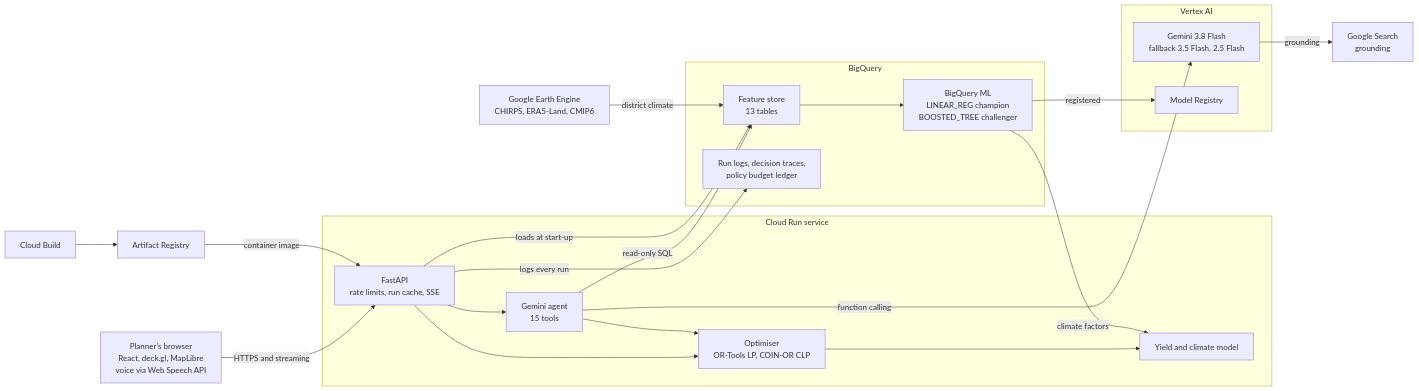
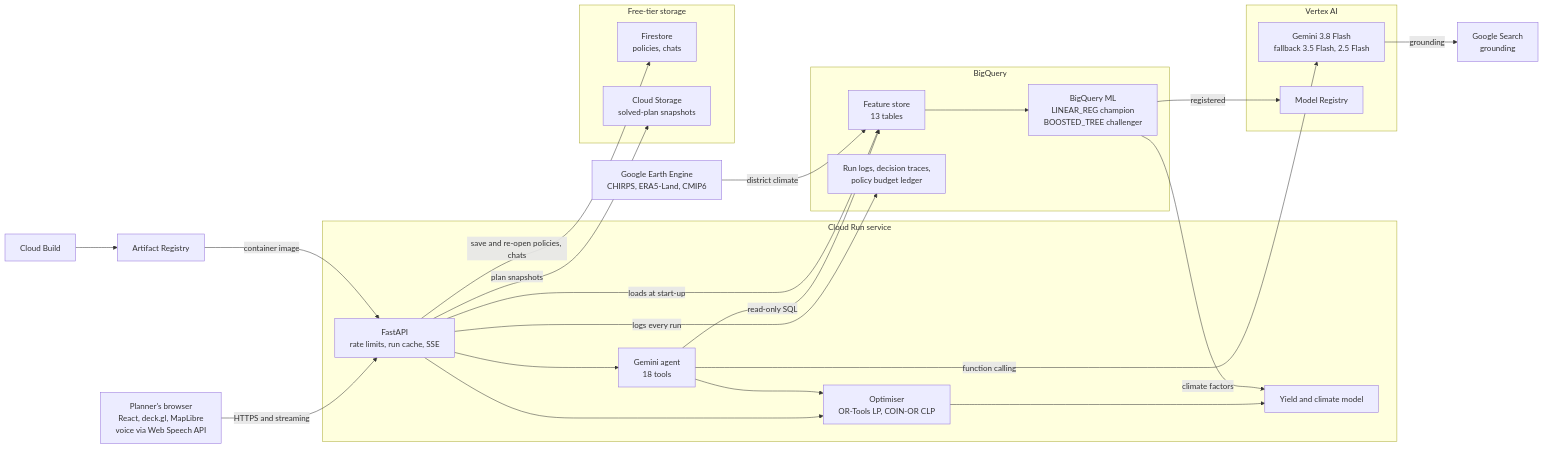
One commit to GV-droid/Agri-Sus changed the second of 6 diagrams in docs/HOW_IT_WORKS.md. Above: the diagram before and after it, drawn with Mermaid. The commit also changed other lines of this file and 41 other files, not shown here.

````diff
--- a/docs/HOW_IT_WORKS.md
+++ b/docs/HOW_IT_WORKS.md
@@ -125,37 +135,43 @@
 ```mermaid
 flowchart LR
   user["Planner's browser<br/>React, deck.gl, MapLibre<br/>voice via Web Speech API"]
   subgraph CR["Cloud Run service"]
     api["FastAPI<br/>rate limits, run cache, SSE"]
-    agent["Gemini agent<br/>15 tools"]
+    agent["Gemini agent<br/>18 tools"]
     lp["Optimiser<br/>OR-Tools LP, COIN-OR CLP"]
     ym["Yield and climate model"]
   end
   subgraph VX["Vertex AI"]
     gem["Gemini 3.8 Flash<br/>fallback 3.5 Flash, 2.5 Flash"]
     reg["Model Registry"]
   end
   search["Google Search<br/>grounding"]
   subgraph BQ["BigQuery"]
     feat["Feature store<br/>13 tables"]
     logs["Run logs, decision traces,<br/>policy budget ledger"]
     bqml["BigQuery ML<br/>LINEAR_REG champion<br/>BOOSTED_TREE challenger"]
   end
   ee["Google Earth Engine<br/>CHIRPS, ERA5-Land, CMIP6"]
+  subgraph ST["Free-tier storage"]
+    fs["Firestore<br/>policies, chats"]
+    gcs["Cloud Storage<br/>solved-plan snapshots"]
+  end
   cb["Cloud Build"] --> ar["Artifact Registry"]
   user -- "HTTPS and streaming" --> api
   api --> agent
   api --> lp
   agent --> lp
   lp --> ym
   agent -- "function calling" --> gem
   gem -- "grounding" --> search
   agent -- "read-only SQL" --> feat
   api -- "loads at start-up" --> feat
   api -- "logs every run" --> logs
   feat --> bqml
   bqml -- "climate factors" --> ym
   bqml -- "registered" --> reg
   ee -- "district climate" --> feat
+  api -- "save and re-open policies, chats" --> fs
+  api -- "plan snapshots" --> gcs
   ar -- "container image" --> api
 ```
````
